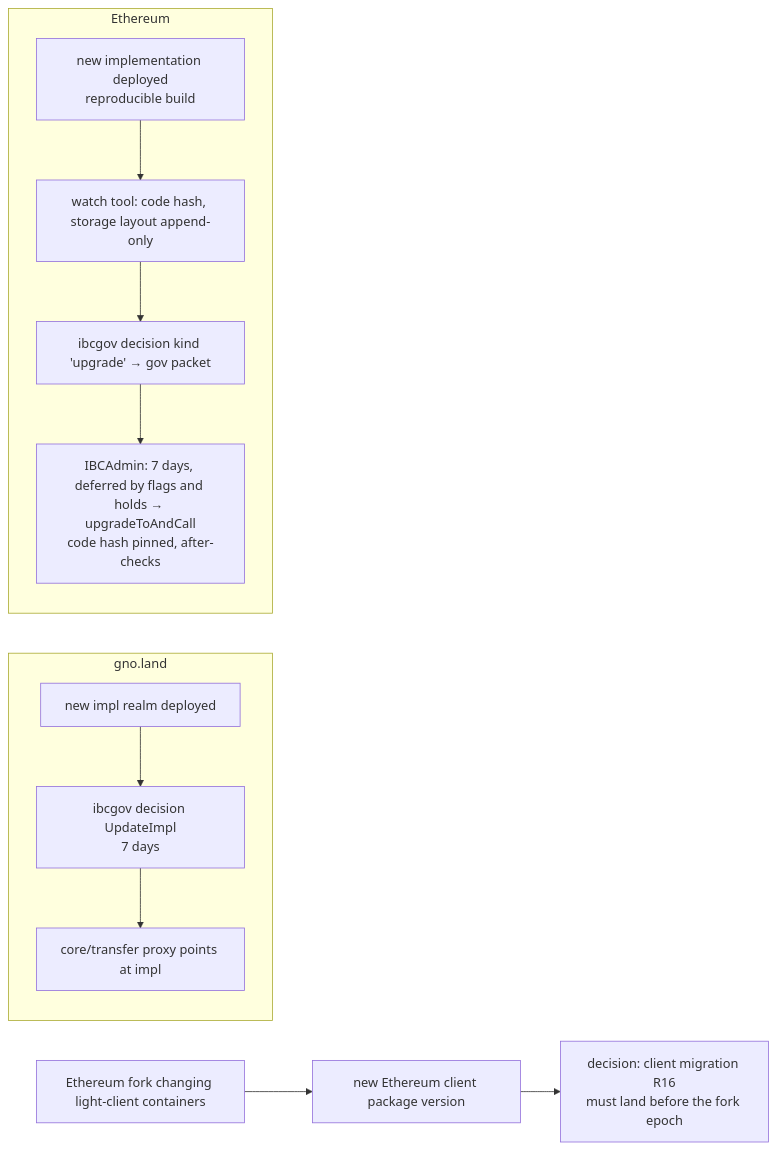
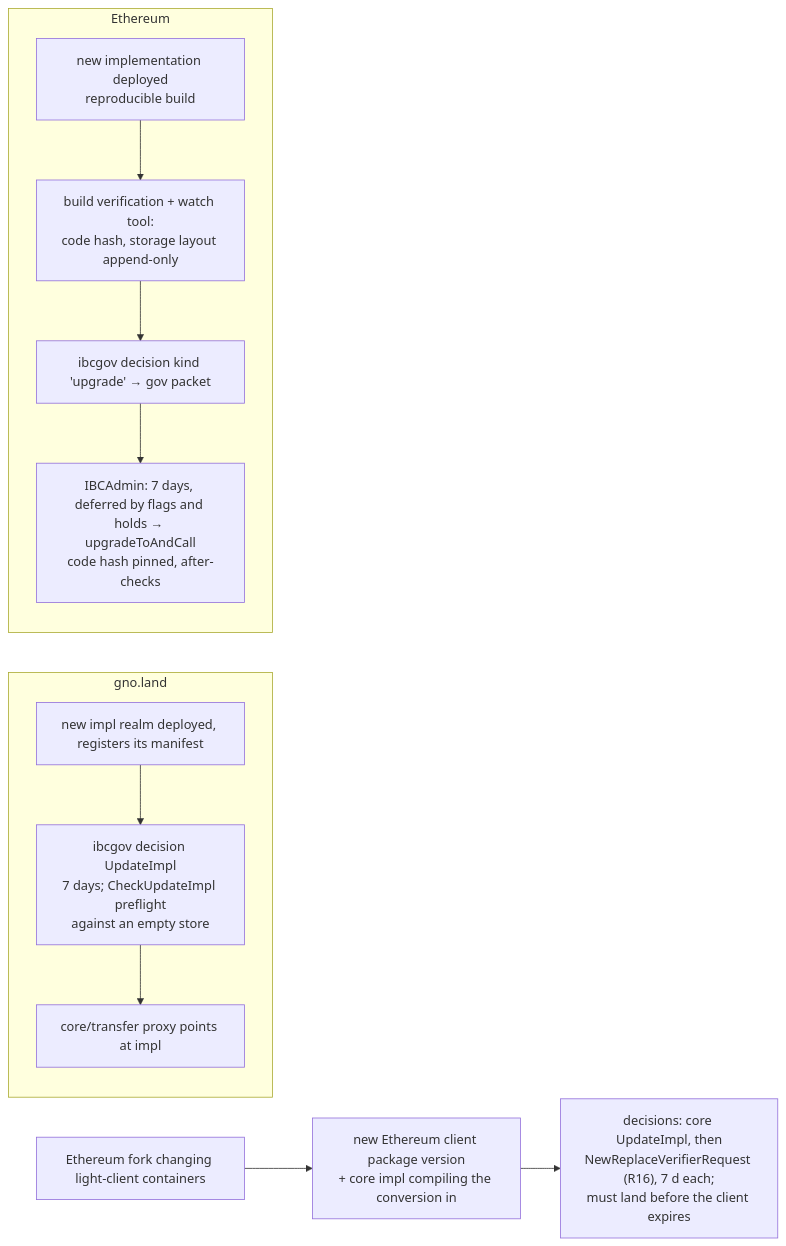
One commit to gnolang/gno changed diagram 13 of 13 in gno.land/adr/pr6375_ibc_ethereum.md. Above: the diagram before and after it, drawn with Mermaid. The commit also changed other lines of this file, not shown here.

First line of the commit message:
docs(adr): align the Ethereum IBC ADR with the implemented gno.land and Ethereum controls

````diff
--- a/gno.land/adr/pr6375_ibc_ethereum.md
+++ b/gno.land/adr/pr6375_ibc_ethereum.md
@@ -646,12 +747,12 @@
 ```mermaid
 flowchart LR
   subgraph GNOUP[gno.land]
-    P1[new impl realm deployed] --> P2[ibcgov decision UpdateImpl<br/>7 days] --> P3[core/transfer proxy points at impl]
+    P1[new impl realm deployed, registers its manifest] --> P2["ibcgov decision UpdateImpl<br/>7 days; CheckUpdateImpl preflight<br/>against an empty store"] --> P3[core/transfer proxy points at impl]
   end
   subgraph ETHUP[Ethereum]
-    U1[new implementation deployed<br/>reproducible build] --> U2[watch tool: code hash, storage layout append-only]
+    U1[new implementation deployed<br/>reproducible build] --> U2[build verification + watch tool:<br/>code hash, storage layout append-only]
     U2 --> U3[ibcgov decision kind 'upgrade' → gov packet]
     U3 --> U4[IBCAdmin: 7 days, deferred by flags and holds → upgradeToAndCall<br/>code hash pinned, after-checks]
   end
-  F[Ethereum fork changing light-client containers] --> L1[new Ethereum client package version] --> L2[decision: client migration R16<br/>must land before the fork epoch]
+  F[Ethereum fork changing light-client containers] --> L1["new Ethereum client package version<br/>+ core impl compiling the conversion in"] --> L2["decisions: core UpdateImpl, then<br/>NewReplaceVerifierRequest (R16), 7 d each;<br/>must land before the client expires"]
 ```
````
